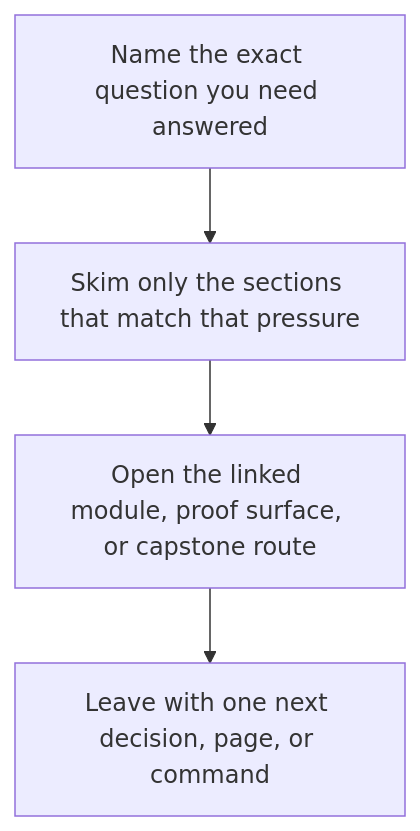
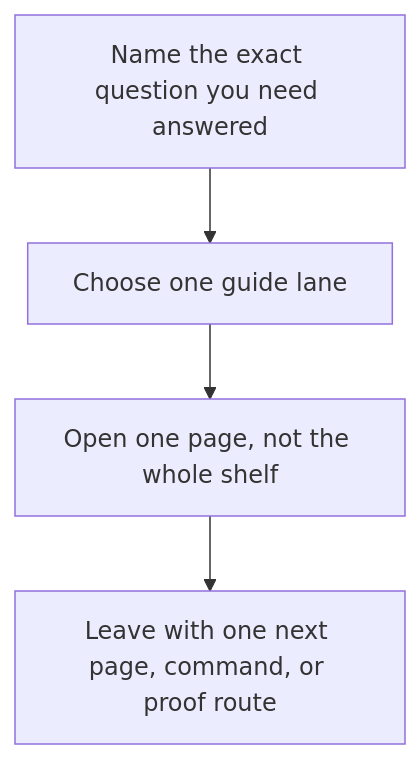
One commit to bijux/bijux-masterclass changed the second of 2 diagrams in programs/reproducible-research/deep-dive-make/course-book/guides/index.md. Above: the diagram before and after it, drawn with Mermaid. The commit also changed other lines of this file, not shown here.

Commit message:
docs(deep-dive-make): make guides shelf choose one lane

````diff
--- a/programs/reproducible-research/deep-dive-make/course-book/guides/index.md
+++ b/programs/reproducible-research/deep-dive-make/course-book/guides/index.md
@@ -14,6 +14,6 @@
 ```mermaid
 flowchart TD
-  question["Name the exact question you need answered"] --> skim["Skim only the sections that match that pressure"]
-  skim --> crosscheck["Open the linked module, proof surface, or capstone route"]
-  crosscheck --> next_move["Leave with one next decision, page, or command"]
+  question["Name the exact question you need answered"] --> choose["Choose one guide lane"]
+  choose --> act["Open one page, not the whole shelf"]
+  act --> next_move["Leave with one next page, command, or proof route"]
 ```
````
